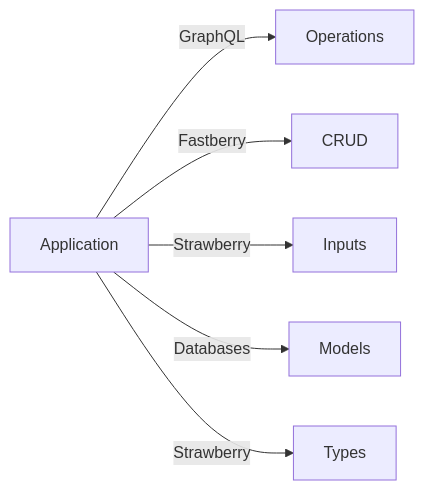
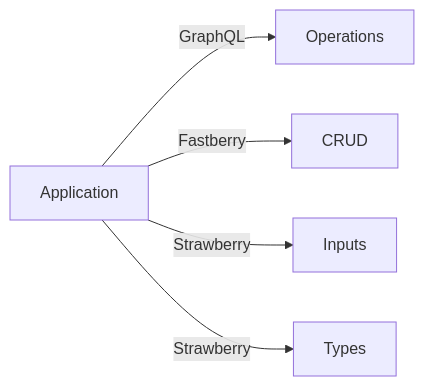
The first of 4 diagrams in docs/docs/applications.md (hlop3z/fastberry), drawn with Mermaid before and after one commit. The commit also changed other lines of this file and 36 other files, not shown here.

````diff
--- a/docs/docs/applications.md
+++ b/docs/docs/applications.md
@@ -49,8 +48,7 @@
     ``` mermaid
     graph LR;
         A[Application] --> |GraphQL| B[Operations];
         A --> |Fastberry| C[CRUD];
         A --> |Strawberry| D[Inputs];
-        A --> |Databases| E[Models];
-        A --> |Strawberry| F[Types];
+        A --> |Strawberry| E[Types];
     ```
````
